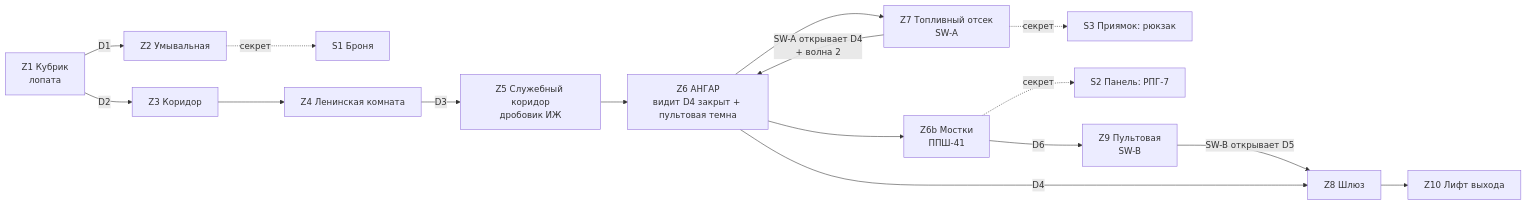
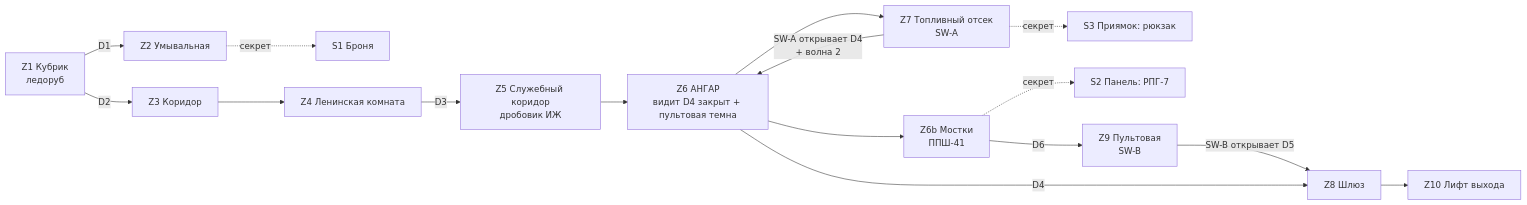
One commit to kahache/soviet_doom changed the diagram in docs/ru/levels/MAP01-zarya-7.md. Above: the diagram before and after it, drawn with Mermaid. The commit also changed other lines of this file and 18 other files, not shown here.

Commit message:
Russian mirrors, batch (D34): ADR 006 and 007, MAP02, VOICE-SCRIPT new; PRD to D43, PENDING, ROADMAP, LORE, MOD-SPEC, BALANCE, MAP01, music, QA and art docs resynced

````diff
--- a/docs/ru/levels/MAP01-zarya-7.md
+++ b/docs/ru/levels/MAP01-zarya-7.md
@@ -109,18 +115,18 @@
 ```mermaid
 graph LR
-  Z1[Z1 Кубрик<br/>лопата] -->|D1| Z2[Z2 Умывальная]
+  Z1[Z1 Кубрик<br/>ледоруб] -->|D1| Z2[Z2 Умывальная]
   Z2 -.секрет.-> S1[S1 Броня]
   Z1 -->|D2| Z3[Z3 Коридор]
   Z3 --> Z4[Z4 Ленинская комната]
   Z4 -->|D3| Z5[Z5 Служебный коридор<br/>дробовик ИЖ]
   Z5 --> Z6[Z6 АНГАР<br/>видит D4 закрыт + пультовая темна]
   Z6 --> Z7[Z7 Топливный отсек<br/>SW-A]
   Z7 -.секрет.-> S3[S3 Приямок: рюкзак]
   Z7 -->|SW-A открывает D4<br/>+ волна 2| Z6
   Z6 --> Z6b[Z6b Мостки<br/>ППШ-41]
   Z6b -.секрет.-> S2[S2 Панель: РПГ-7]
   Z6b -->|D6| Z9[Z9 Пультовая<br/>SW-B]
   Z9 -->|SW-B открывает D5| Z8[Z8 Шлюз]
   Z6 -->|D4| Z8
   Z8 --> Z10[Z10 Лифт выхода]
 ```
````
